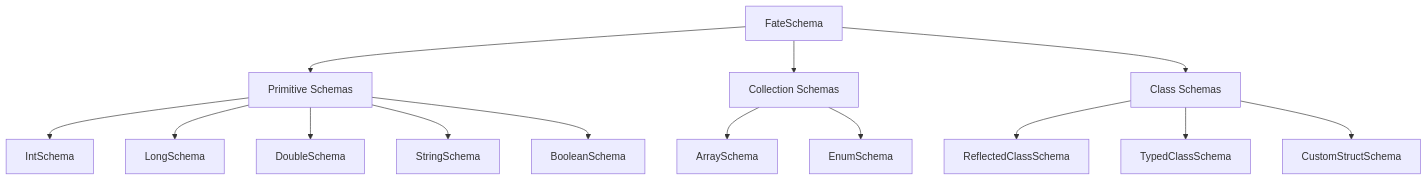
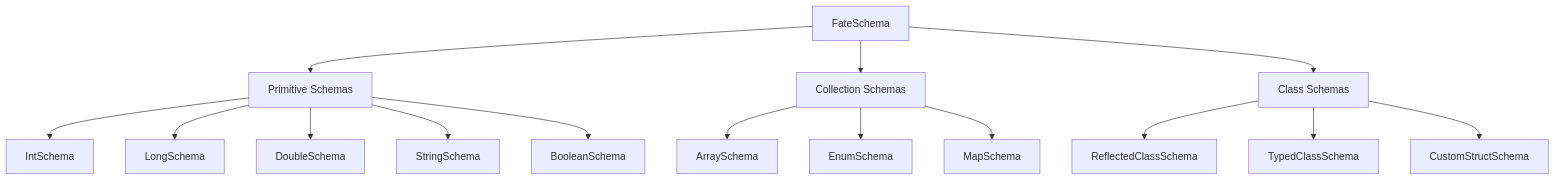
The diagram in docs/docs/schemas.md (HermesFTC/FateWeaver), drawn with Mermaid before and after one commit. The commit also changed other lines of this file and 13 other files, not shown here.

Commit message:
feat: add MapSchema support for encoding maps with independently typed keys and values

````diff
--- a/docs/docs/schemas.md
+++ b/docs/docs/schemas.md
@@ -18,19 +18,20 @@
 ```mermaid
 graph TD
     A[FateSchema] --> B[Primitive Schemas]
     A --> C[Collection Schemas]
     A --> D[Class Schemas]
 
     B --> B1[IntSchema]
     B --> B2[LongSchema]
     B --> B3[DoubleSchema]
     B --> B4[StringSchema]
     B --> B5[BooleanSchema]
 
     C --> C1[ArraySchema]
     C --> C2[EnumSchema]
+    C --> C3[MapSchema]
 
     D --> D1[ReflectedClassSchema]
     D --> D2[TypedClassSchema]
     D --> D3[CustomStructSchema]
 ```
````
